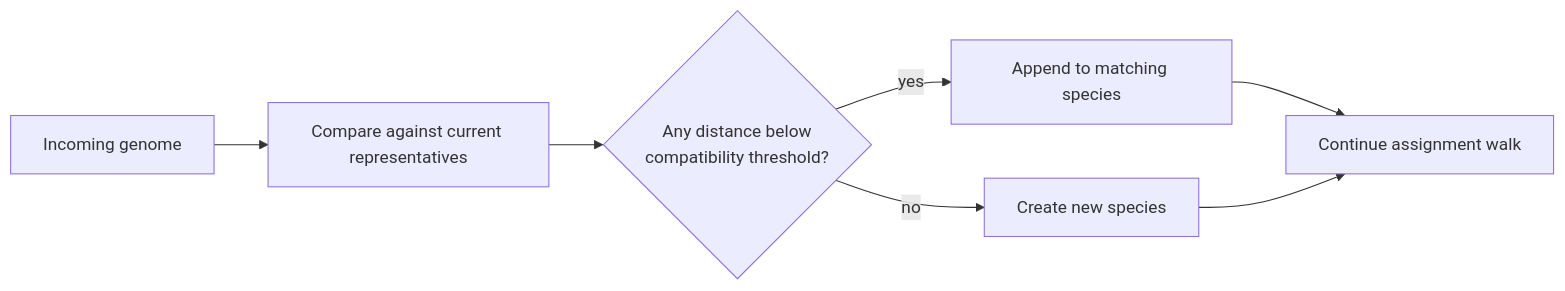
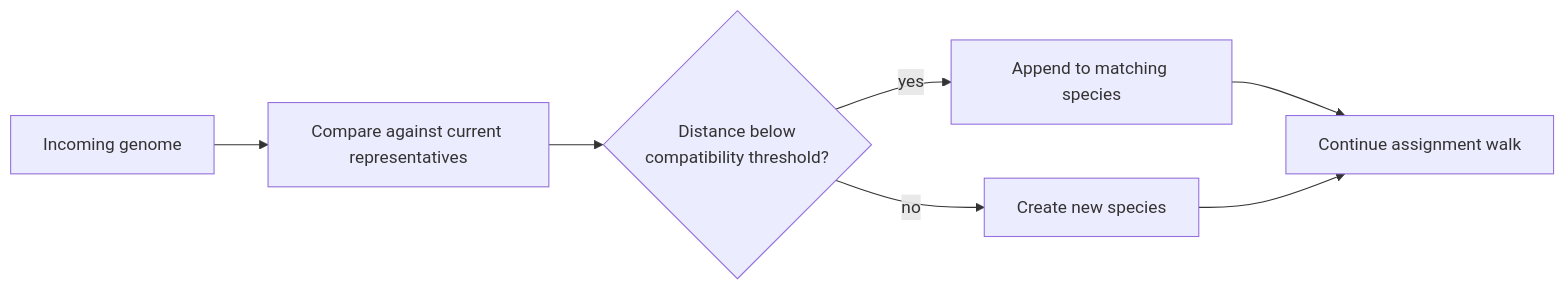
The second of 2 diagrams in src/neat/speciation/assignment/README.md (reicek/NeatapticTS), drawn with Mermaid before and after one commit. The commit also changed other lines of this file and 174 other files, not shown here.

````diff
--- a/src/neat/speciation/assignment/README.md
+++ b/src/neat/speciation/assignment/README.md
@@ -67,16 +67,16 @@
 ```mermaid
 flowchart LR
   Genome[Incoming genome]
   Compare[Compare against current representatives]
-  Compatible{Any distance below\ncompatibility threshold?}
+  Compatible{Distance below\ncompatibility threshold?}
   Existing[Append to matching species]
   New[Create new species]
   Continue[Continue assignment walk]
 
   Genome --> Compare
   Compare --> Compatible
   Compatible -->|yes| Existing
   Compatible -->|no| New
   Existing --> Continue
   New --> Continue
 ```
````
